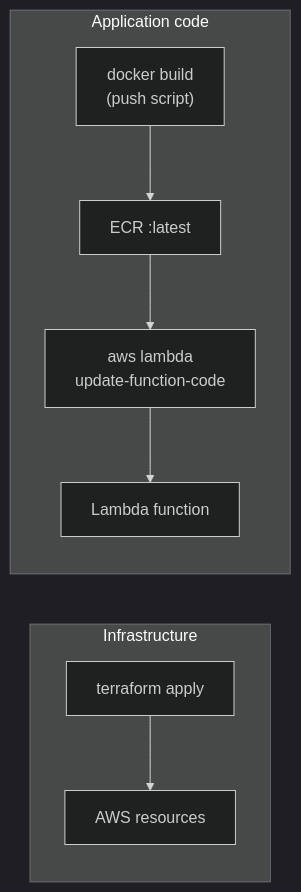
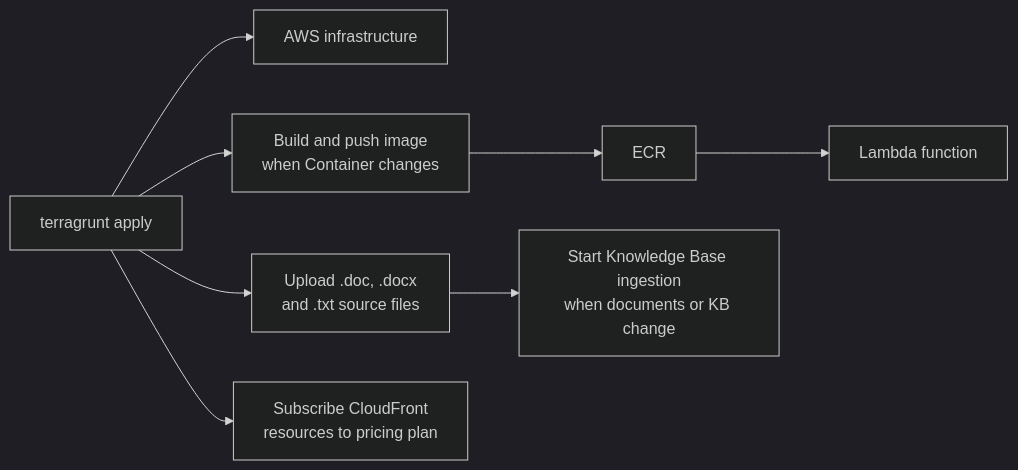
The third of 3 diagrams in cv/app/Container/docs/architecture.md (julian-berks/cv_app), drawn with Mermaid (dark theme) before and after one commit. The commit also changed other lines of this file, not shown here.

Commit message:
Update architecture doc

````diff
--- a/cv/app/Container/docs/architecture.md
+++ b/cv/app/Container/docs/architecture.md
@@ -170,11 +174,11 @@
 ```mermaid
 flowchart LR
-    subgraph infra["Infrastructure"]
-        tf["terraform apply"] --> aws["AWS resources"]
-    end
-    subgraph code["Application code"]
-        build["docker build<br/>(push script)"] --> ecr["ECR :latest"]
-        ecr --> upd["aws lambda<br/>update-function-code"]
-        upd --> fn["Lambda function"]
-    end
+    apply["terragrunt apply"]
+    apply --> infra["AWS infrastructure"]
+    apply --> build["Build and push image<br/>when Container changes"]
+    build --> ecr["ECR"]
+    ecr --> fn["Lambda function"]
+    apply --> docs["Upload .doc, .docx<br/>and .txt source files"]
+    docs --> kb["Start Knowledge Base ingestion<br/>when documents or KB change"]
+    apply --> plan["Subscribe CloudFront<br/>resources to pricing plan"]
 ```
````
